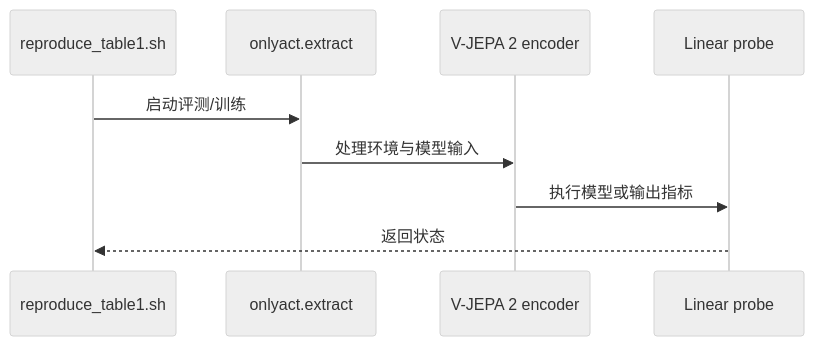
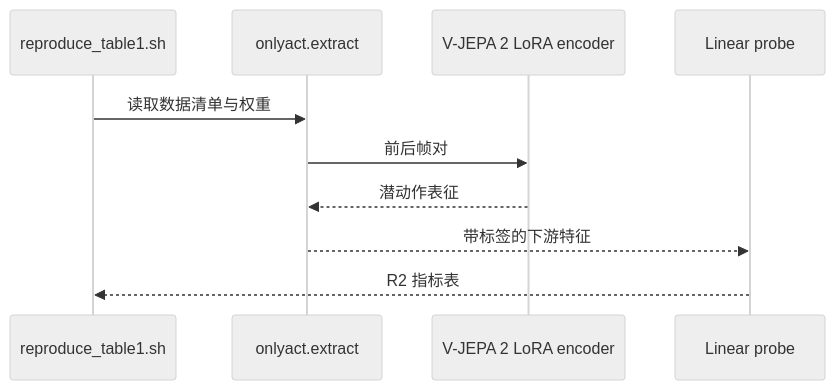
One commit to ImChong/Robotics_Notebooks changed the second of 2 diagrams in wiki/entities/paper-onlyact.md. Above: the diagram before and after it, drawn with Mermaid (neutral theme). The commit also changed other lines of this file and 5 other files, not shown here.

Commit message:
[2026-11-14] ingest | 复核 LEASH、Memory Clock、OnlyAct 论文全文与方法图

`````diff
--- a/wiki/entities/paper-onlyact.md
+++ b/wiki/entities/paper-onlyact.md
@@ -83,11 +83,12 @@
 ```mermaid
 sequenceDiagram
-  participant A0 as reproduce_table1.sh
-  participant A1 as onlyact.extract
-  participant A2 as V-JEPA 2 encoder
-  participant A3 as Linear probe
-  A0->>A1: 启动评测/训练
-  A1->>A2: 处理环境与模型输入
-  A2->>A3: 执行模型或输出指标
-  A3-->>A0: 返回状态
-````
+  participant CLI as reproduce_table1.sh
+  participant Extract as onlyact.extract
+  participant Encoder as V-JEPA 2 LoRA encoder
+  participant Probe as Linear probe
+  CLI->>Extract: 读取数据清单与权重
+  Extract->>Encoder: 前后帧对
+  Encoder-->>Extract: 潜动作表征
+  Extract-->>Probe: 带标签的下游特征
+  Probe-->>CLI: R2 指标表
+```
`````
